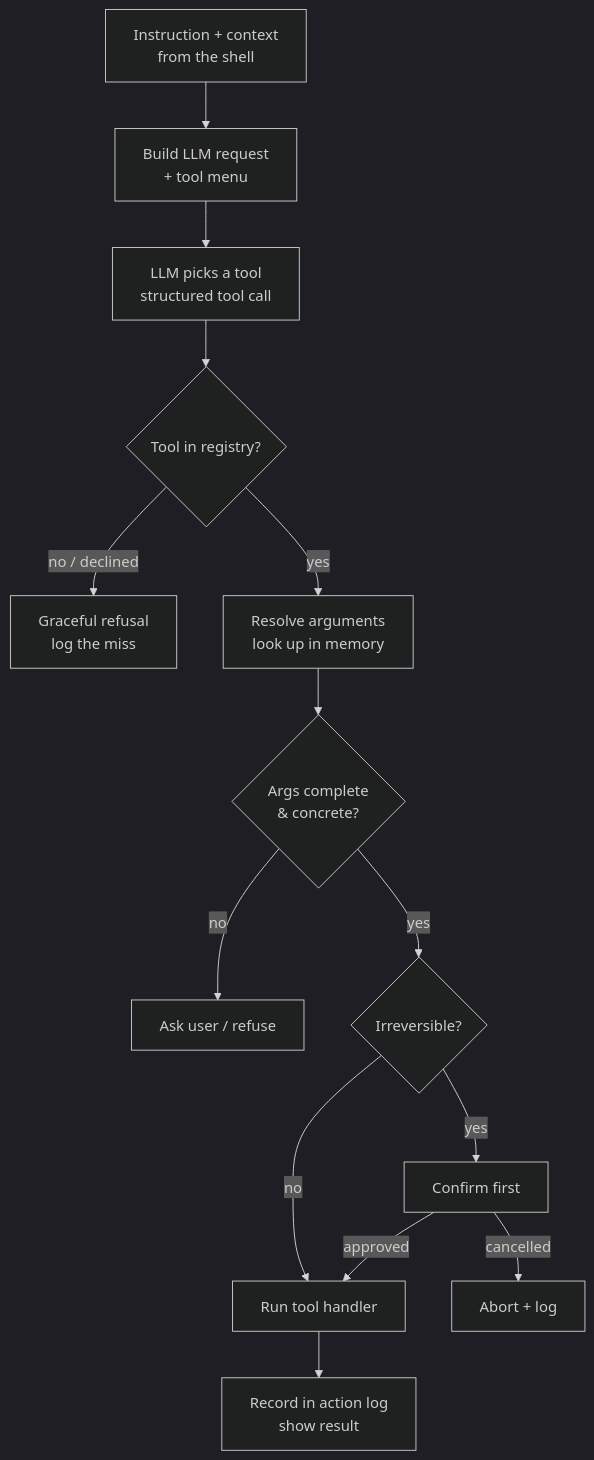
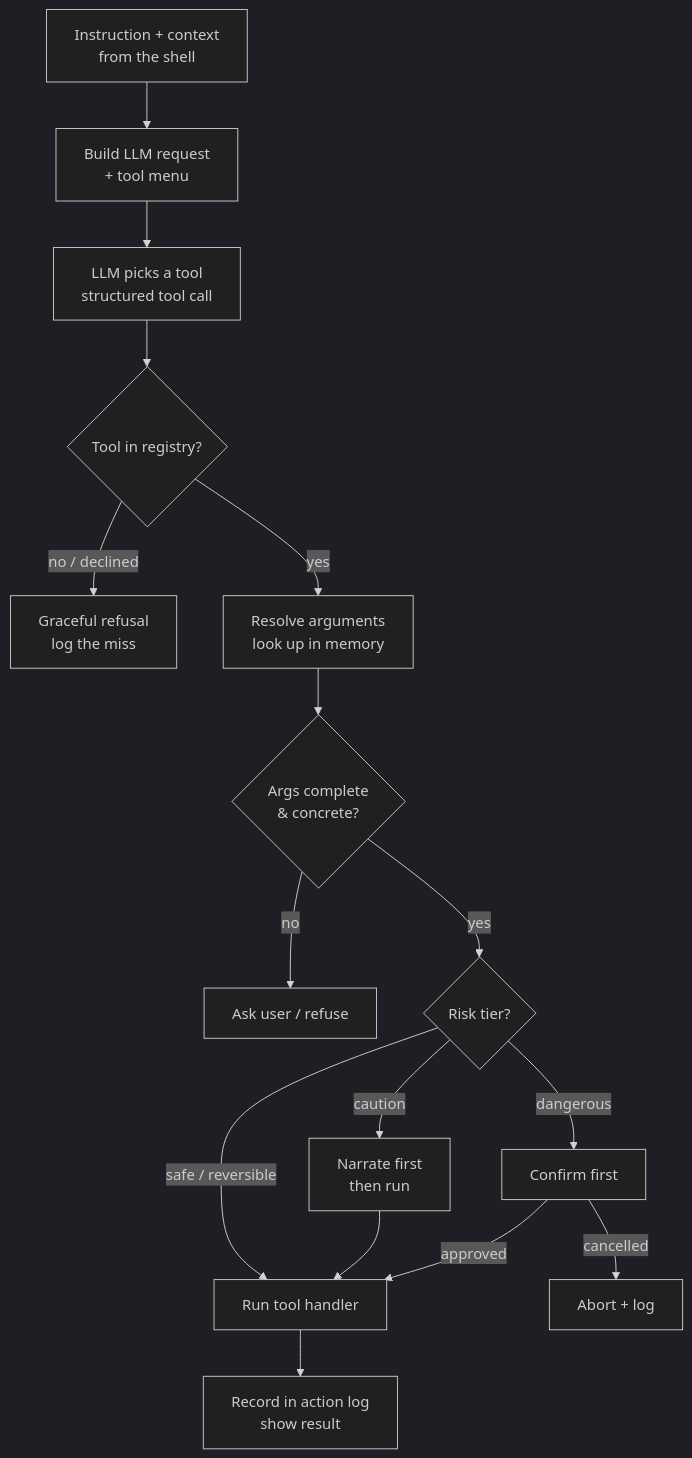
One commit to Sejall-089/voice-agent changed the second of 7 diagrams in ARCHITECTURE.md. Above: the diagram before and after it, drawn with Mermaid (dark theme). The commit also changed other lines of this file and 36 other files, not shown here.

````diff
--- a/ARCHITECTURE.md
+++ b/ARCHITECTURE.md
@@ -81,16 +87,18 @@
 ```mermaid
 flowchart TB
     A["Instruction + context<br/>from the shell"] --> B["Build LLM request<br/>+ tool menu"]
     B --> C["LLM picks a tool<br/>structured tool call"]
     C --> D{"Tool in registry?"}
     D -- "no / declined" --> R["Graceful refusal<br/>log the miss"]
     D -- "yes" --> E["Resolve arguments<br/>look up in memory"]
     E --> F{"Args complete<br/>&amp; concrete?"}
     F -- "no" --> Q["Ask user / refuse"]
-    F -- "yes" --> G{"Irreversible?"}
-    G -- "yes" --> H["Confirm first"]
-    G -- "no" --> I["Run tool handler"]
+    F -- "yes" --> G{"Risk tier?"}
+    G -- "safe / reversible" --> I["Run tool handler"]
+    G -- "caution" --> N["Narrate first<br/>then run"]
+    G -- "dangerous" --> H["Confirm first"]
+    N --> I
     H -- "approved" --> I
     H -- "cancelled" --> X["Abort + log"]
     I --> J["Record in action log<br/>show result"]
 ```
````
